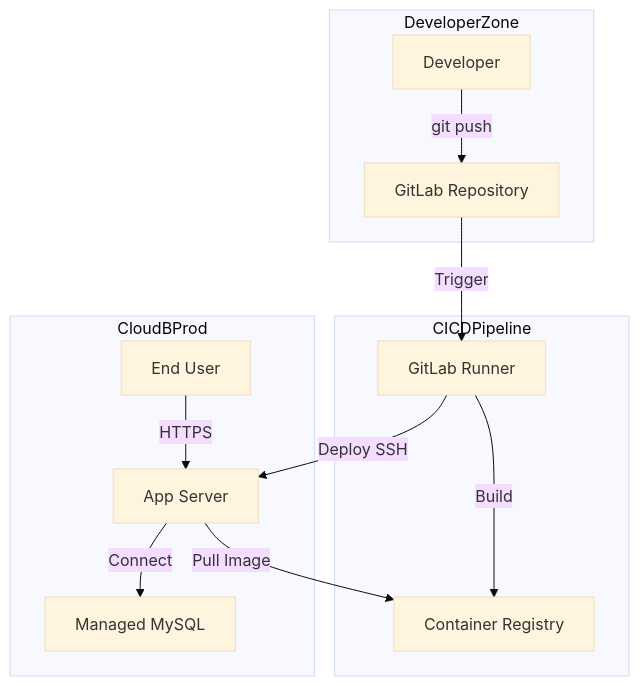
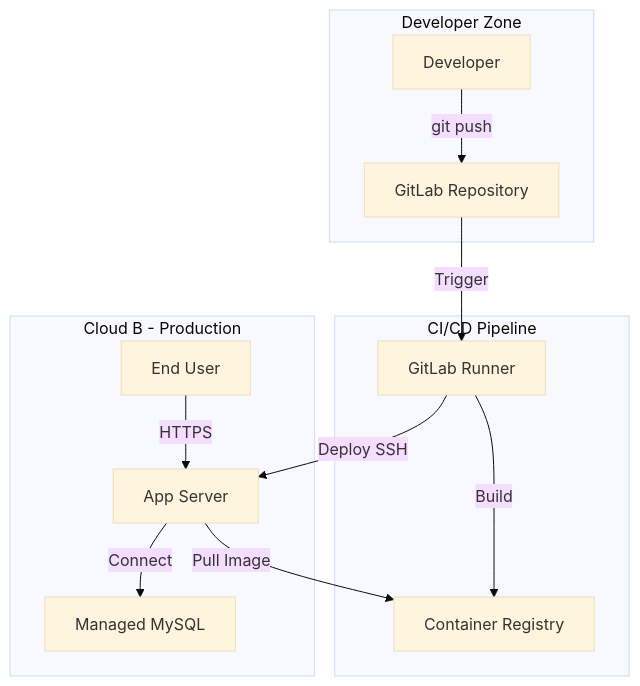
The diagram in projects/case-1-migration.md (sadchikovsg/sadchikovsg.github.io), drawn with Mermaid (base theme) before and after one commit.

Commit message:
feat: add labels with spaces to mermaid subgraphs in case-1

````diff
--- a/projects/case-1-migration.md
+++ b/projects/case-1-migration.md
@@ -50,18 +50,18 @@
 ```mermaid
 graph TD
-    subgraph DeveloperZone
+    subgraph DeveloperZone [Developer Zone]
         Dev[Developer] -->|git push| GitLab[GitLab Repository]
     end
     
-    subgraph CICDPipeline
+    subgraph CICDPipeline [CI/CD Pipeline]
         GitLab -->|Trigger| Runner[GitLab Runner]
         Runner -->|Build| Registry[Container Registry]
     end
     
-    subgraph CloudBProd
+    subgraph CloudBProd [Cloud B - Production]
         Runner -->|Deploy SSH| Prod[App Server]
         Prod -->|Pull Image| Registry
         Prod -->|Connect| DB[Managed MySQL]
         User[End User] -->|HTTPS| Prod
     end
 ```
````
